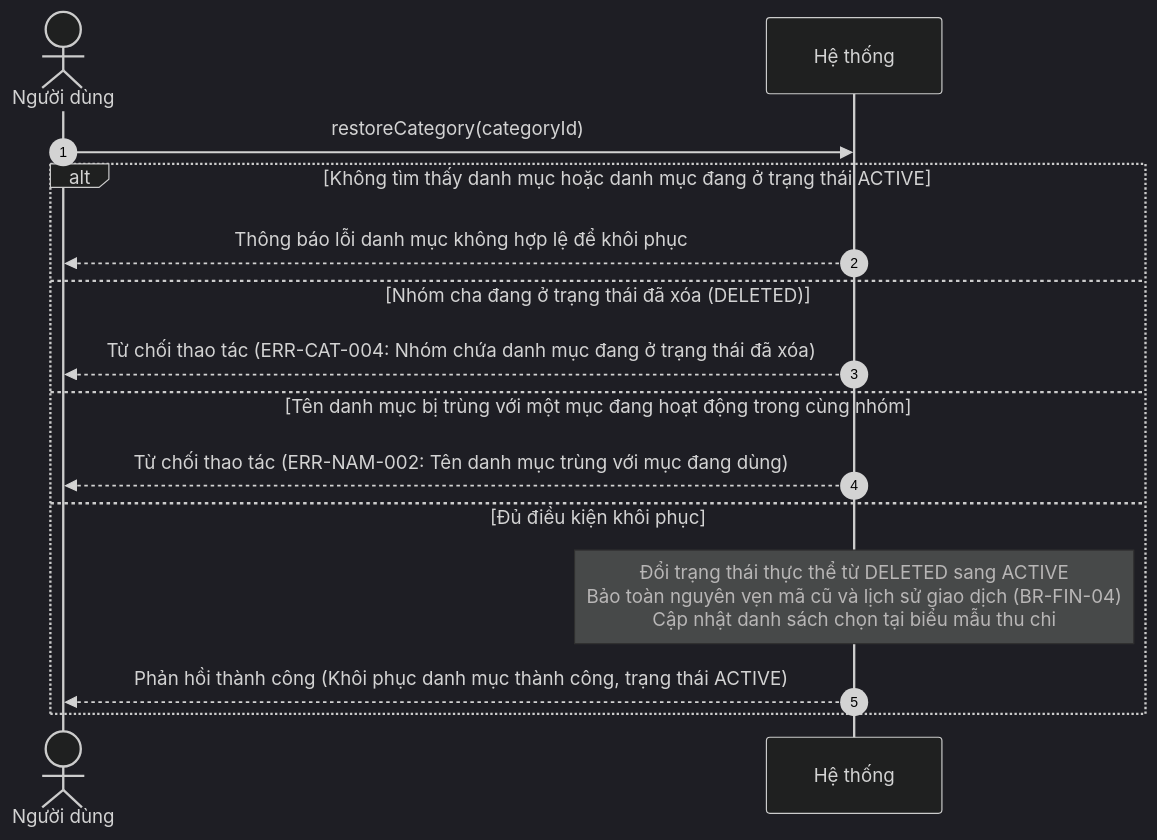
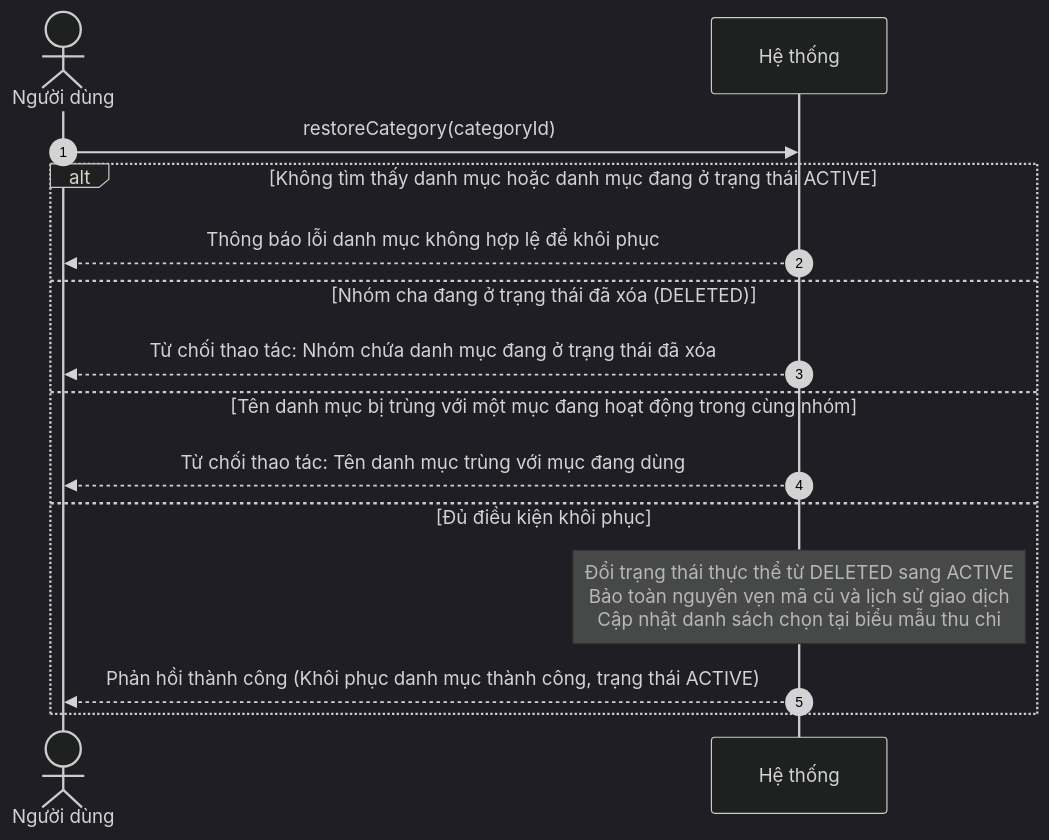
Before and after one commit to mynhleeh/pfms-oop: the third of 9 diagrams in docs/object-oriented-analysis/03-so-do-tuan-tu-he-thong-ssd.md, drawn with Mermaid (dark theme). The commit also changed other lines of this file and 1 other file, not shown here.

````diff
--- a/docs/object-oriented-analysis/03-so-do-tuan-tu-he-thong-ssd.md
+++ b/docs/object-oriented-analysis/03-so-do-tuan-tu-he-thong-ssd.md
@@ -363,18 +363,18 @@
 ```mermaid
 sequenceDiagram
     autonumber
     actor User as Người dùng
     participant System as Hệ thống
 
     User->>System: restoreCategory(categoryId)
     alt Không tìm thấy danh mục hoặc danh mục đang ở trạng thái ACTIVE
         System-->>User: Thông báo lỗi danh mục không hợp lệ để khôi phục
     else Nhóm cha đang ở trạng thái đã xóa (DELETED)
-        System-->>User: Từ chối thao tác (ERR-CAT-004: Nhóm chứa danh mục đang ở trạng thái đã xóa)
+        System-->>User: Từ chối thao tác: Nhóm chứa danh mục đang ở trạng thái đã xóa
     else Tên danh mục bị trùng với một mục đang hoạt động trong cùng nhóm
-        System-->>User: Từ chối thao tác (ERR-NAM-002: Tên danh mục trùng với mục đang dùng)
+        System-->>User: Từ chối thao tác: Tên danh mục trùng với mục đang dùng
     else Đủ điều kiện khôi phục
-        Note over System: Đổi trạng thái thực thể từ DELETED sang ACTIVE<br/>Bảo toàn nguyên vẹn mã cũ và lịch sử giao dịch (BR-FIN-04)<br/>Cập nhật danh sách chọn tại biểu mẫu thu chi
+        Note over System: Đổi trạng thái thực thể từ DELETED sang ACTIVE<br/>Bảo toàn nguyên vẹn mã cũ và lịch sử giao dịch<br/>Cập nhật danh sách chọn tại biểu mẫu thu chi
         System-->>User: Phản hồi thành công (Khôi phục danh mục thành công, trạng thái ACTIVE)
     end
 ```
````
